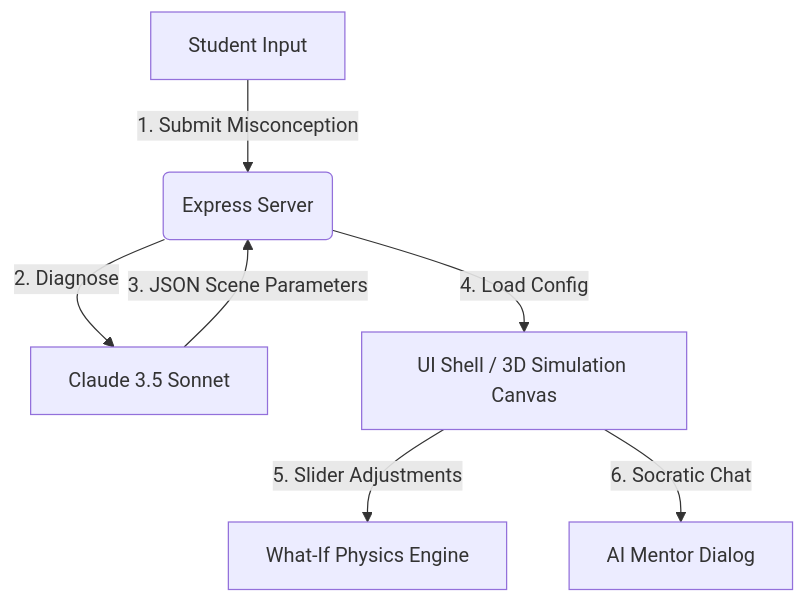
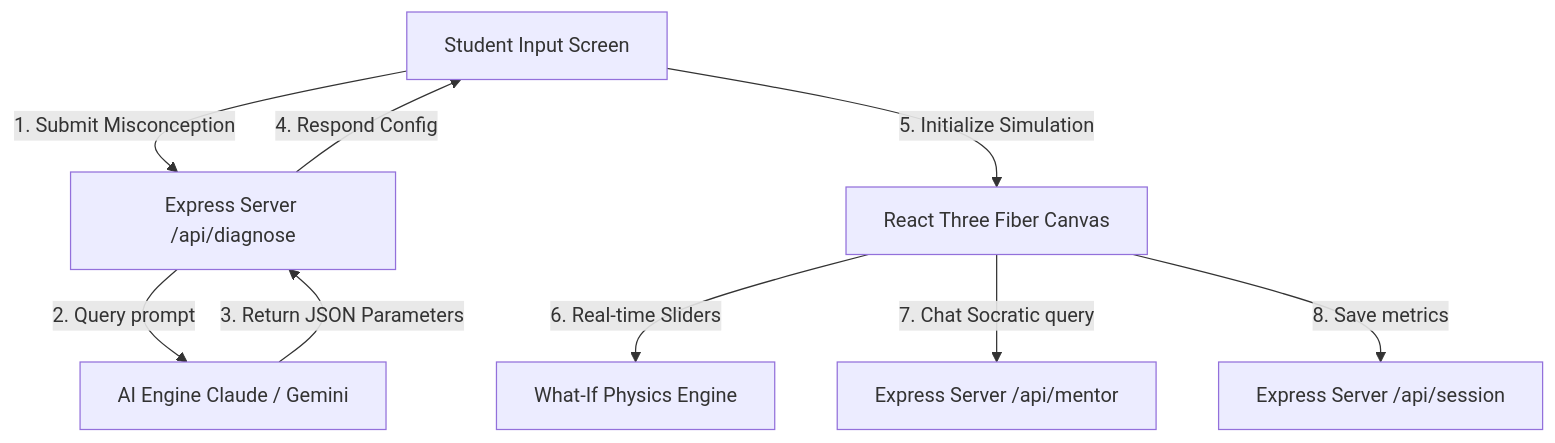
The diagram in README.md (shakeraema/NovaMindXR), drawn with Mermaid before and after one commit. The commit also changed other lines of this file, not shown here.

````diff
--- a/README.md
+++ b/README.md
@@ -17,9 +42,11 @@
 ```mermaid
 graph TD
-    A[Student Input] -->|1. Submit Misconception| B(Express Server)
-    B -->|2. Diagnose| C[Claude 3.5 Sonnet]
-    C -->|3. JSON Scene Parameters| B
-    B -->|4. Load Config| D[UI Shell / 3D Simulation Canvas]
-    D -->|5. Slider Adjustments| E[What-If Physics Engine]
-    D -->|6. Socratic Chat| F[AI Mentor Dialog]
+    A[Student Input Screen] -->|1. Submit Misconception| B[Express Server /api/diagnose]
+    B -->|2. Query prompt| C[AI Engine Claude / Gemini]
+    C -->|3. Return JSON Parameters| B
+    B -->|4. Respond Config| A
+    A -->|5. Initialize Simulation| D[React Three Fiber Canvas]
+    D -->|6. Real-time Sliders| E[What-If Physics Engine]
+    D -->|7. Chat Socratic query| F[Express Server /api/mentor]
+    D -->|8. Save metrics| G[Express Server /api/session]
 ```
````
